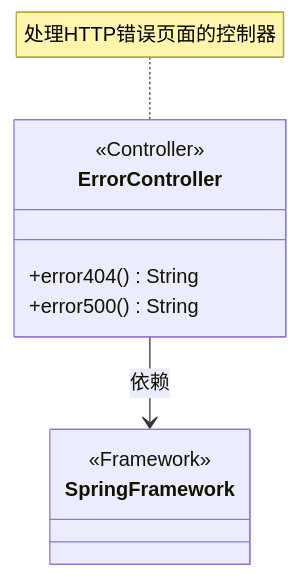
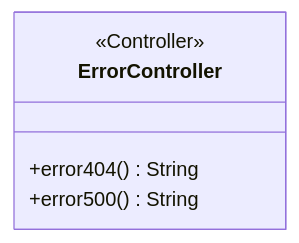
The first of 2 diagrams in docs/zh/docs/src/main/java/com/github/binarywang/demo/wx/miniapp/error/ErrorController.md (v-wjrong/binary_weixin-java-miniapp-demo), drawn with Mermaid before and after one commit. The commit also changed other lines of this file and 50 other files, not shown here.

````diff
--- a/docs/zh/docs/src/main/java/com/github/binarywang/demo/wx/miniapp/error/ErrorController.md
+++ b/docs/zh/docs/src/main/java/com/github/binarywang/demo/wx/miniapp/error/ErrorController.md
@@ -36,14 +36,8 @@
 ```mermaid
 classDiagram
     class ErrorController {
         <<Controller>>
         +error404() String
         +error500() String
     }
-    ErrorController --> SpringFramework : 依赖
-    note for ErrorController "处理HTTP错误页面的控制器"
-
-    class SpringFramework {
-        <<Framework>>
-    }
 ```
````
